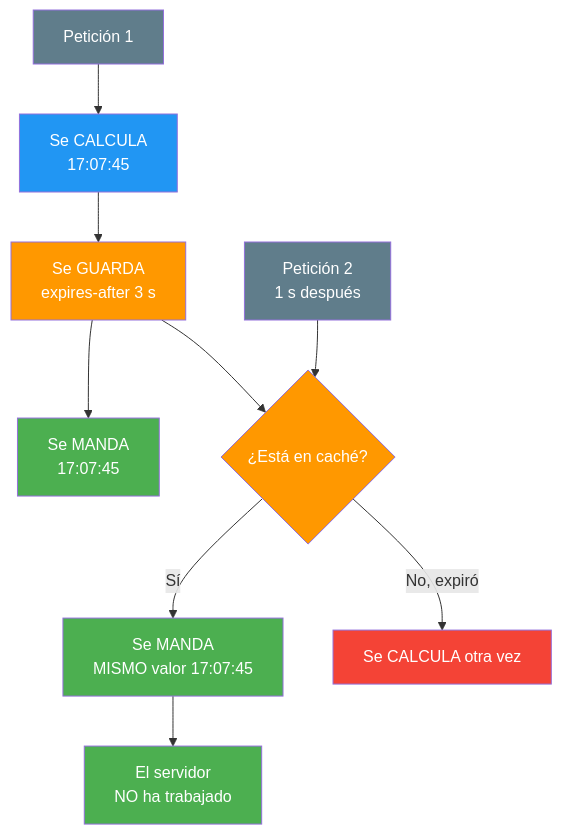
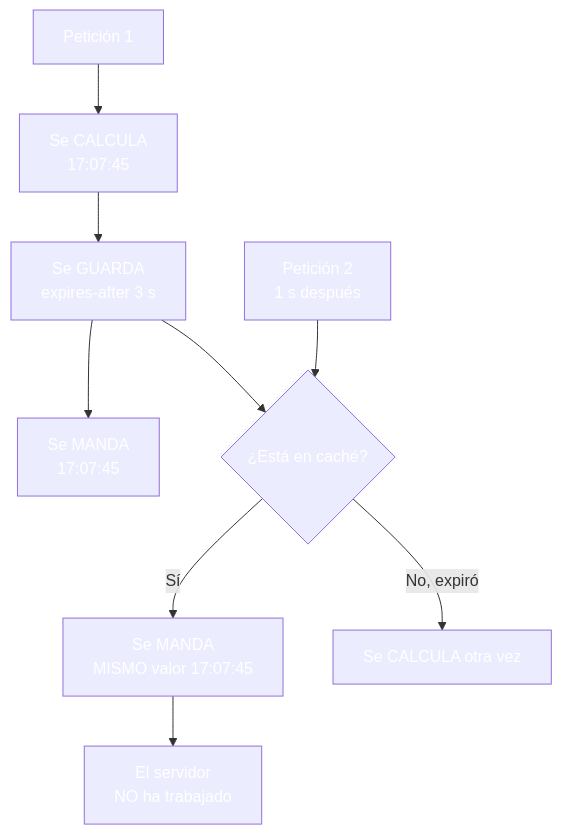
Before and after one commit to joseluisgs/DesarrolloWebEntornosServidor-03-2026-2027: the fourth of 5 diagrams in 06-taghelpers.md, drawn with Mermaid. The commit also changed other lines of this file and 30 other files, not shown here.

````diff
--- a/06-taghelpers.md
+++ b/06-taghelpers.md
@@ -263,21 +263,21 @@
 ```mermaid
 graph TD
     A["Petición 1"] --> B["Se CALCULA<br/>17:07:45"]
     B --> C["Se GUARDA<br/>expires-after 3 s"]
     C --> D["Se MANDA<br/>17:07:45"]
     E["Petición 2<br/>1 s después"] --> F{"¿Está en caché?"}
     F -->|Sí| G["Se MANDA<br/>MISMO valor 17:07:45"]
     F -->|No, expiró| H["Se CALCULA otra vez"]
     C --> F
     G --> I["El servidor<br/>NO ha trabajado"]
 
-    style A fill:#607D8B,color:#fff
-    style B fill:#2196F3,color:#fff
-    style C fill:#FF9800,color:#fff
-    style D fill:#4CAF50,color:#fff
-    style E fill:#607D8B,color:#fff
-    style F fill:#FF9800,color:#fff
-    style G fill:#4CAF50,color:#fff
-    style H fill:#f44336,color:#fff
-    style I fill:#4CAF50,color:#fff
+    style A fill:#607D8,color:#fffB,color:#fff
+    style B fill:#2196F,color:#fff3,color:#fff
+    style C fill:#FF980,color:#fff0,color:#fff
+    style D fill:#4CAF5,color:#fff0,color:#fff
+    style E fill:#607D8,color:#fffB,color:#fff
+    style F fill:#FF980,color:#fff0,color:#fff
+    style G fill:#4CAF5,color:#fff0,color:#fff
+    style H fill:#f4433,color:#fff6,color:#fff
+    style I fill:#4CAF5,color:#fff0,color:#fff
 ```
````
